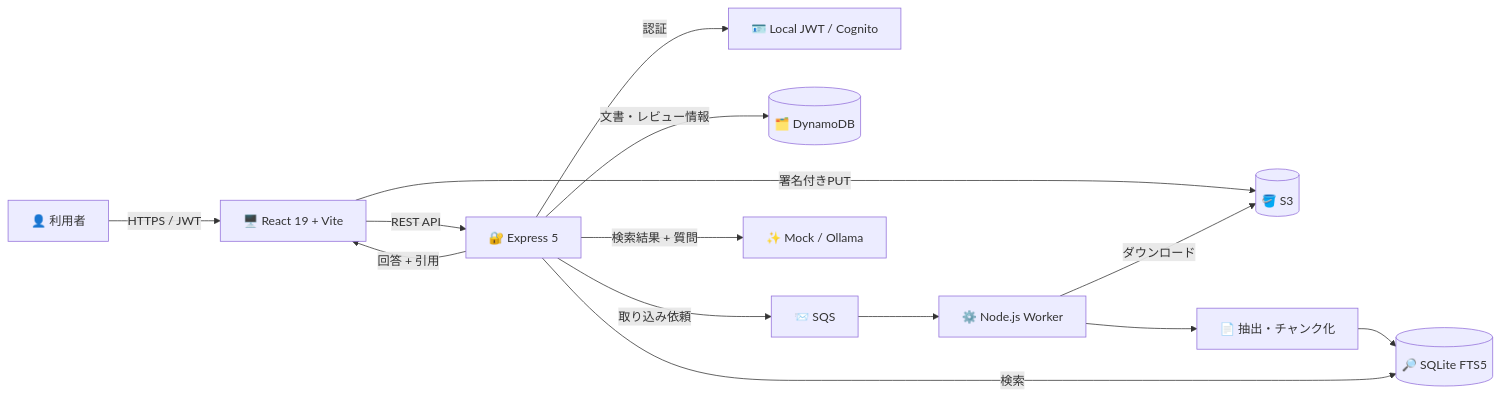
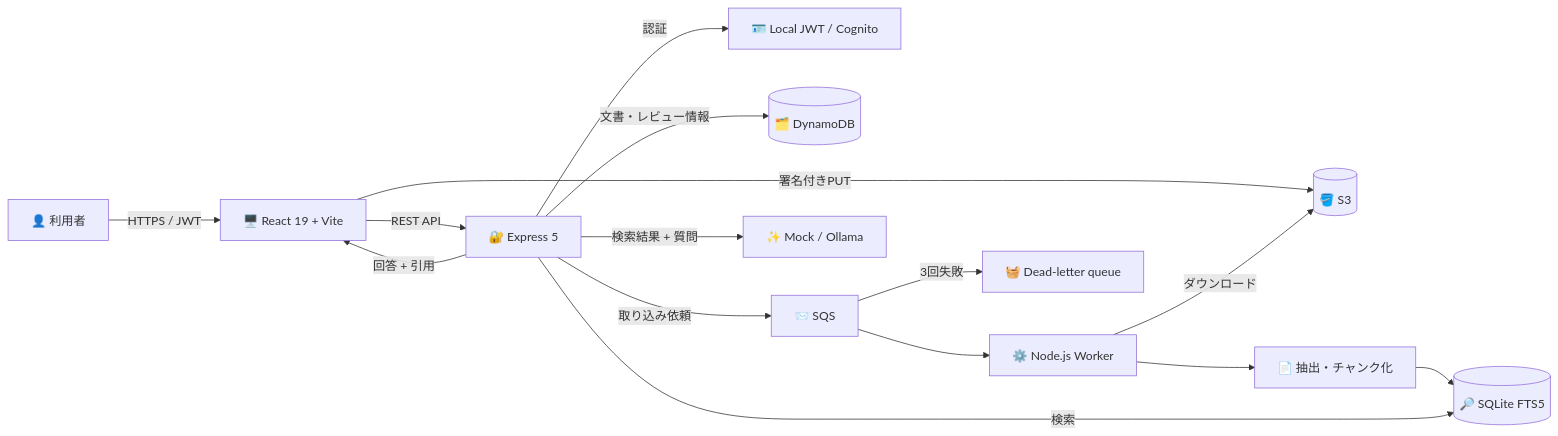
One commit to kamn-sap/ai-manufacturing-poc changed the first of 5 diagrams in docs/architecture.md. Above: the diagram before and after it, drawn with Mermaid. The commit also changed other lines of this file and 8 other files, not shown here.

Commit message:
Retry failed document ingestion with SQS DLQ

````diff
--- a/docs/architecture.md
+++ b/docs/architecture.md
@@ -7,16 +7,17 @@
 ```mermaid
 flowchart LR
     U[👤 利用者] -->|HTTPS / JWT| FE[🖥️ React 19 + Vite]
     FE -->|REST API| API[🔐 Express 5]
     API -->|認証| AUTH[🪪 Local JWT / Cognito]
     API -->|文書・レビュー情報| DDB[(🗂️ DynamoDB)]
     FE -->|署名付きPUT| S3[(🪣 S3)]
     API -->|取り込み依頼| SQS[📨 SQS]
     SQS --> WORKER[⚙️ Node.js Worker]
+    SQS -->|3回失敗| DLQ[🧺 Dead-letter queue]
     WORKER -->|ダウンロード| S3
     WORKER --> EXTRACT[📄 抽出・チャンク化]
     EXTRACT --> FTS[(🔎 SQLite FTS5)]
     API -->|検索| FTS
     API -->|検索結果 + 質問| LLM[✨ Mock / Ollama]
     API -->|回答 + 引用| FE
 ```
````
